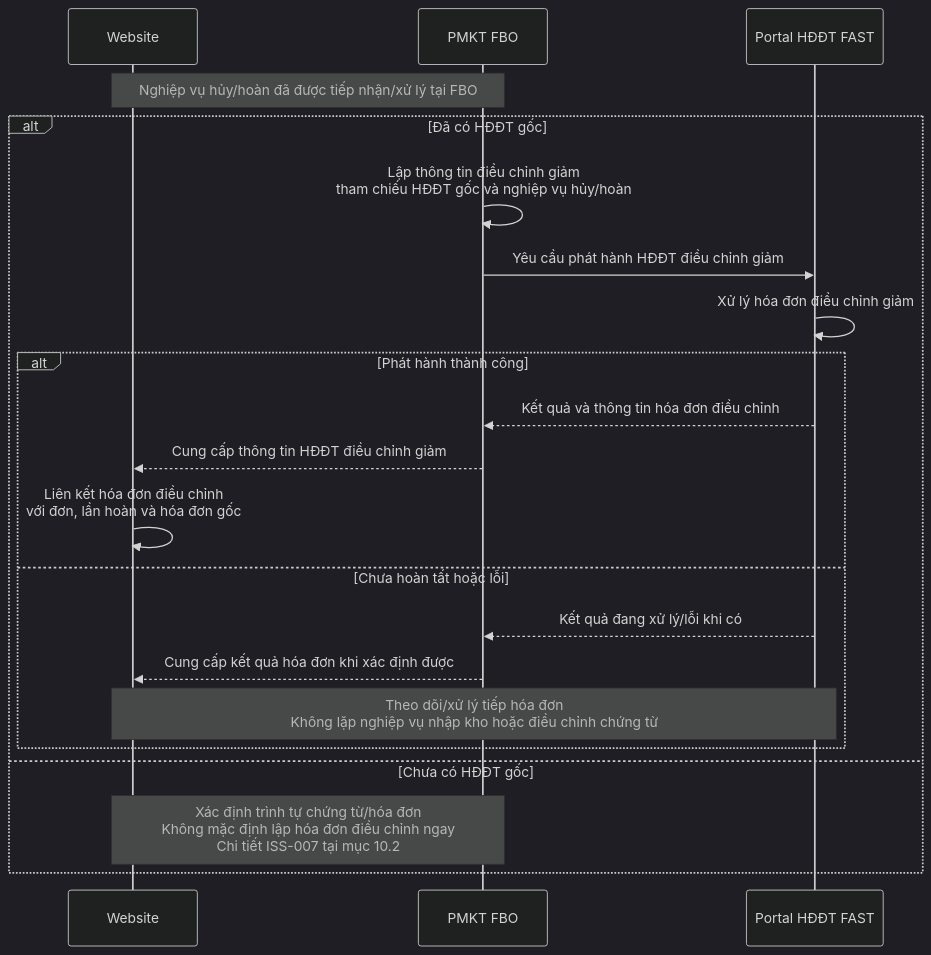
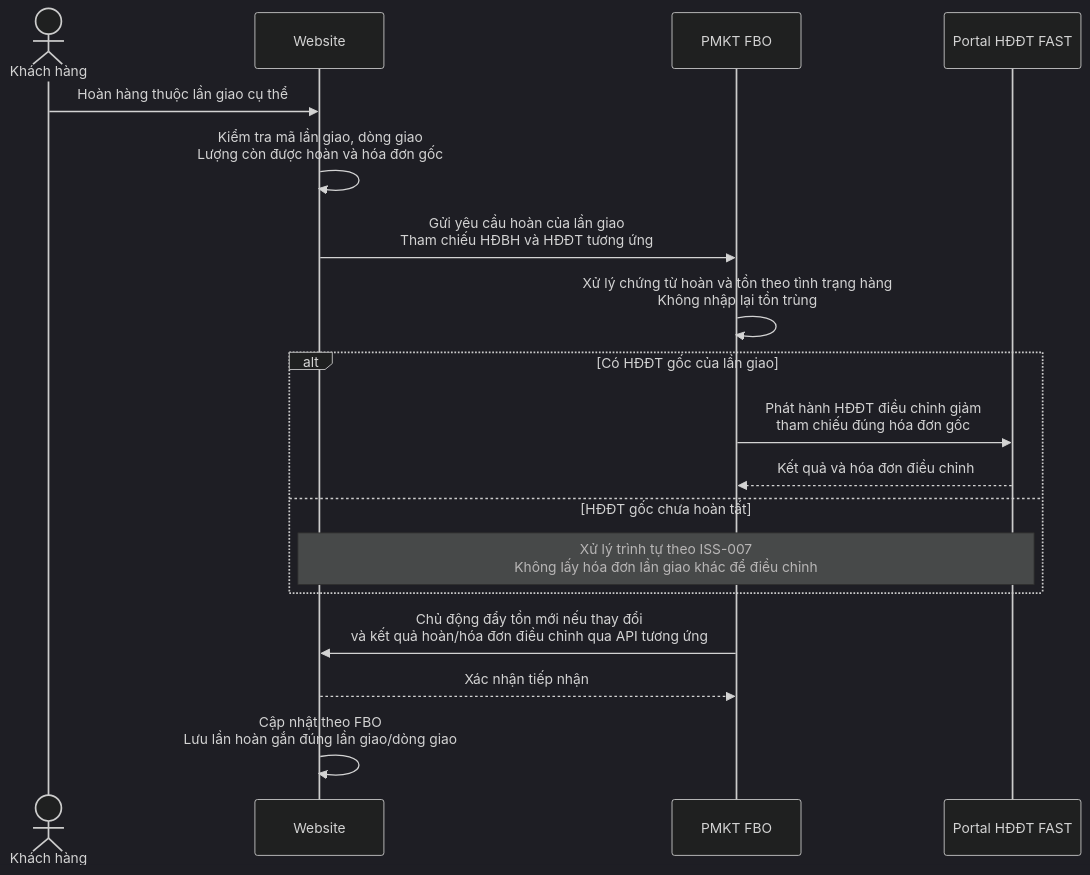
Before and after one commit to quangnh0609/PhuongThao: the fourth of 4 diagrams in BRD.md, drawn with Mermaid (dark theme). The commit also changed other lines of this file and 56 other files, not shown here.

````diff
--- a/BRD.md
+++ b/BRD.md
@@ -298,23 +204,20 @@
 ```mermaid
 sequenceDiagram
+    actor KH as Khách hàng
     participant WEB as Website
     participant FBO as PMKT FBO
     participant PORTAL as Portal HĐĐT FAST
-    Note over WEB,FBO: Nghiệp vụ hủy/hoàn đã được tiếp nhận/xử lý tại FBO
-    alt Đã có HĐĐT gốc
-        FBO->>FBO: Lập thông tin điều chỉnh giảm<br/>tham chiếu HĐĐT gốc và nghiệp vụ hủy/hoàn
-        FBO->>PORTAL: Yêu cầu phát hành HĐĐT điều chỉnh giảm
-        PORTAL->>PORTAL: Xử lý hóa đơn điều chỉnh giảm
-        alt Phát hành thành công
-            PORTAL-->>FBO: Kết quả và thông tin hóa đơn điều chỉnh
-            FBO-->>WEB: Cung cấp thông tin HĐĐT điều chỉnh giảm
-            WEB->>WEB: Liên kết hóa đơn điều chỉnh<br/>với đơn, lần hoàn và hóa đơn gốc
-        else Chưa hoàn tất hoặc lỗi
-            PORTAL-->>FBO: Kết quả đang xử lý/lỗi khi có
-            FBO-->>WEB: Cung cấp kết quả hóa đơn khi xác định được
-            Note over WEB,PORTAL: Theo dõi/xử lý tiếp hóa đơn<br/>Không lặp nghiệp vụ nhập kho hoặc điều chỉnh chứng từ
-        end
-    else Chưa có HĐĐT gốc
-        Note over WEB,FBO: Xác định trình tự chứng từ/hóa đơn<br/>Không mặc định lập hóa đơn điều chỉnh ngay<br/>Chi tiết ISS-007 tại mục 10.2
+    KH->>WEB: Hoàn hàng thuộc lần giao cụ thể
+    WEB->>WEB: Kiểm tra mã lần giao, dòng giao<br/>Lượng còn được hoàn và hóa đơn gốc
+    WEB->>FBO: Gửi yêu cầu hoàn của lần giao<br/>Tham chiếu HĐBH và HĐĐT tương ứng
+    FBO->>FBO: Xử lý chứng từ hoàn và tồn theo tình trạng hàng<br/>Không nhập lại tồn trùng
+    alt Có HĐĐT gốc của lần giao
+        FBO->>PORTAL: Phát hành HĐĐT điều chỉnh giảm<br/>tham chiếu đúng hóa đơn gốc
+        PORTAL-->>FBO: Kết quả và hóa đơn điều chỉnh
+    else HĐĐT gốc chưa hoàn tất
+        Note over WEB,PORTAL: Xử lý trình tự theo ISS-007<br/>Không lấy hóa đơn lần giao khác để điều chỉnh
     end
+    FBO->>WEB: Chủ động đẩy tồn mới nếu thay đổi<br/>và kết quả hoàn/hóa đơn điều chỉnh qua API tương ứng
+    WEB-->>FBO: Xác nhận tiếp nhận
+    WEB->>WEB: Cập nhật theo FBO<br/>Lưu lần hoàn gắn đúng lần giao/dòng giao
 ```
````
